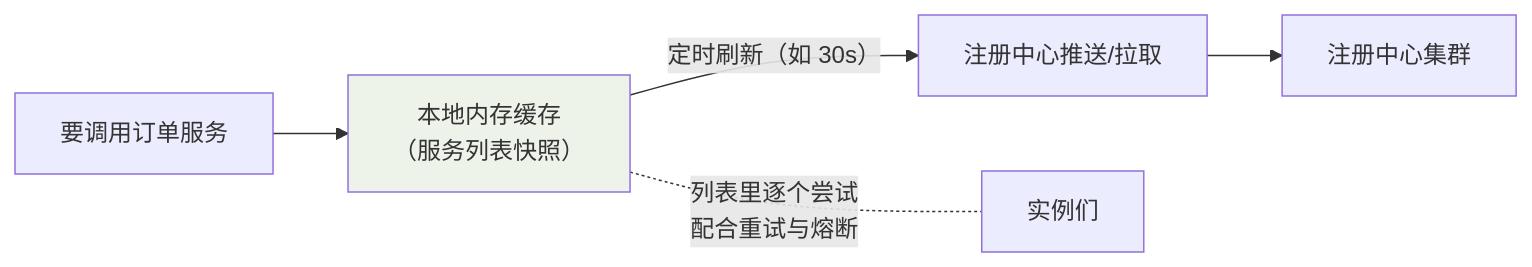
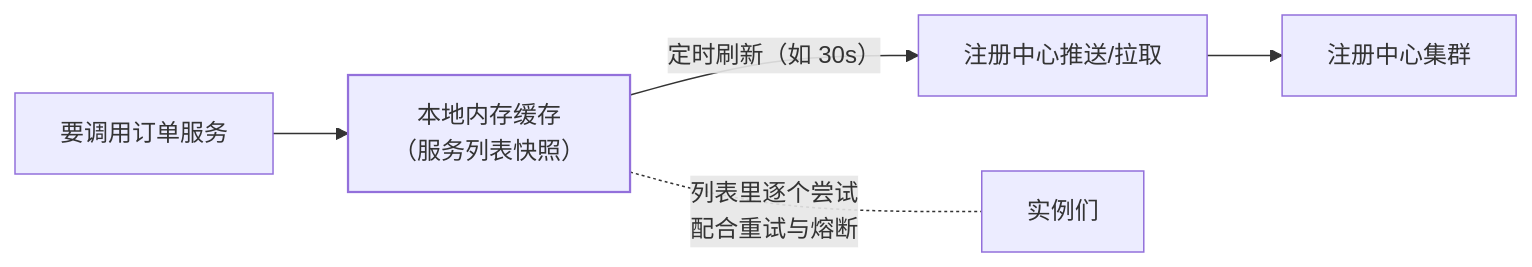
One commit to Loadhao/ascension changed the third of 3 diagrams in src/content/docs/java/advanced/springcloud/02-registry.md. Above: the diagram before and after it, drawn with Mermaid. The commit also changed other lines of this file and 87 other files, not shown here.

First line of the commit message:
fix: 全站图表配色改由主题接管，修复暗色主题下浅底浅字看不清

````diff
--- a/src/content/docs/java/advanced/springcloud/02-registry.md
+++ b/src/content/docs/java/advanced/springcloud/02-registry.md
@@ -83,9 +85,10 @@
 ```mermaid
 flowchart LR
     REQ["要调用订单服务"] --> L1["本地内存缓存<br/>（服务列表快照）"]
     L1 -->|定时刷新（如 30s）| L2["注册中心推送/拉取"]
     L2 --> R["注册中心集群"]
     L1 -. 列表里逐个尝试<br/>配合重试与熔断 .- INST["实例们"]
 
-    style L1 fill:#eef3ea
+    class L1 good
+    classDef good stroke-width:1.5px
 ```
````
